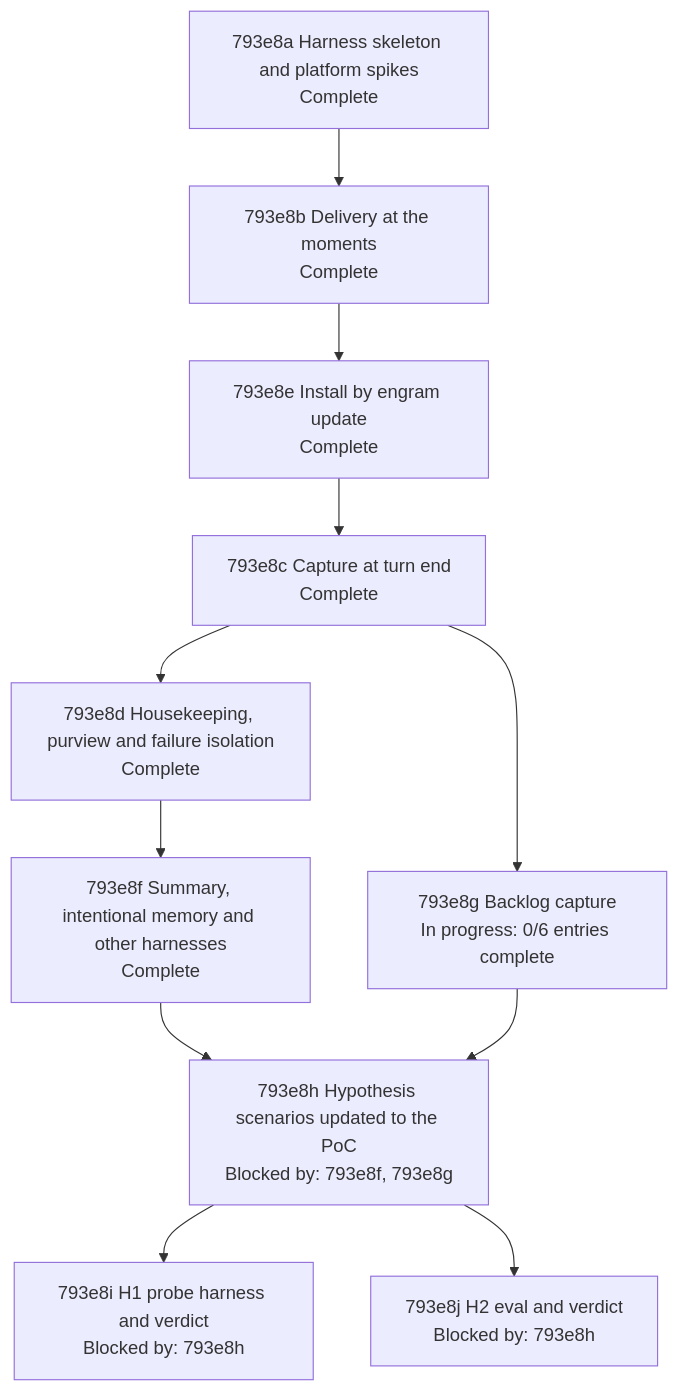
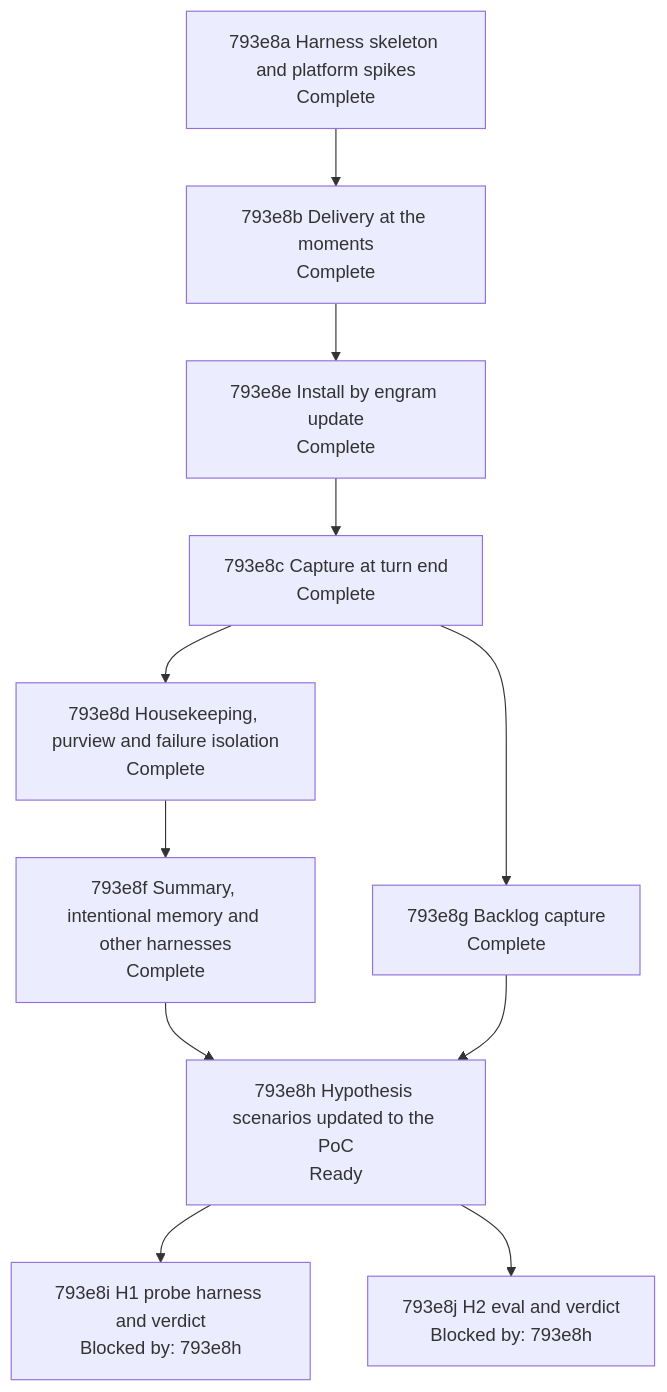
One commit to toejough/engram changed the diagram in docs/changes/793_parallel-memory-agent/793e_implementation-plan.md. Above: the diagram before and after it, drawn with Mermaid. The commit also changed other lines of this file and 1 other file, not shown here.

First line of the commit message:
docs(793e8g): backlog capture scenarios Green-all, node complete

````diff
--- a/docs/changes/793_parallel-memory-agent/793e_implementation-plan.md
+++ b/docs/changes/793_parallel-memory-agent/793e_implementation-plan.md
@@ -214,21 +214,21 @@
 ```mermaid
 flowchart TD
   n793e8a["793e8a Harness skeleton and platform spikes<br/>Complete"]
   n793e8b["793e8b Delivery at the moments<br/>Complete"]
   n793e8e["793e8e Install by engram update<br/>Complete"]
   n793e8c["793e8c Capture at turn end<br/>Complete"]
   n793e8d["793e8d Housekeeping, purview and failure isolation<br/>Complete"]
-  n793e8g["793e8g Backlog capture<br/>In progress: 0/6 entries complete"]
+  n793e8g["793e8g Backlog capture<br/>Complete"]
   n793e8f["793e8f Summary, intentional memory and other harnesses<br/>Complete"]
-  n793e8h["793e8h Hypothesis scenarios updated to the PoC<br/>Blocked by: 793e8f, 793e8g"]
+  n793e8h["793e8h Hypothesis scenarios updated to the PoC<br/>Ready"]
   n793e8i["793e8i H1 probe harness and verdict<br/>Blocked by: 793e8h"]
   n793e8j["793e8j H2 eval and verdict<br/>Blocked by: 793e8h"]
   n793e8a --> n793e8b --> n793e8e --> n793e8c
   n793e8c --> n793e8d
   n793e8c --> n793e8g
   n793e8d --> n793e8f
   n793e8f --> n793e8h
   n793e8g --> n793e8h
   n793e8h --> n793e8i
   n793e8h --> n793e8j
 ```
````
